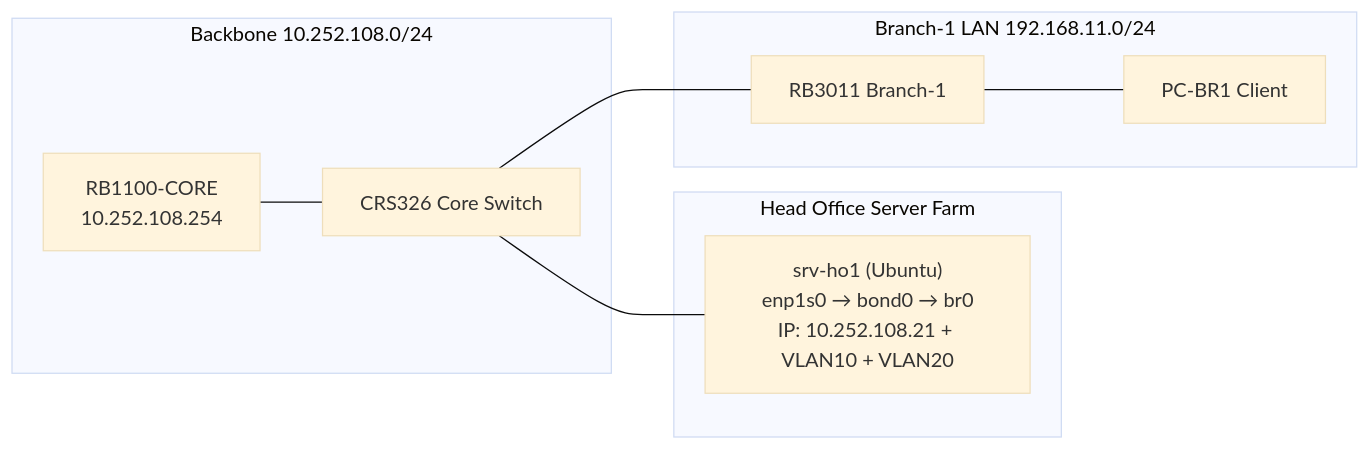
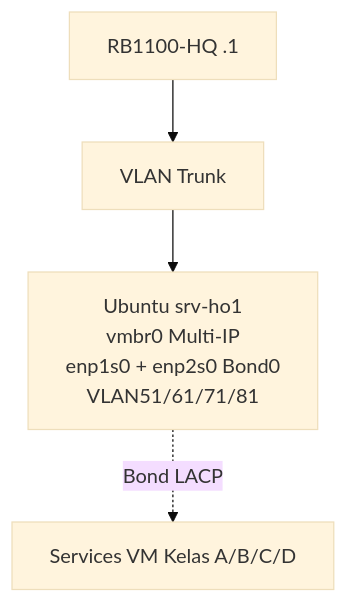
One commit to ferryastika/workshop-admin-jar-2026-B changed the diagram in MINGGU-2-Multi-IP-Routing.md. Above: the diagram before and after it, drawn with Mermaid (base theme). The commit also changed other lines of this file, not shown here.

````diff
--- a/MINGGU-2-Multi-IP-Routing.md
+++ b/MINGGU-2-Multi-IP-Routing.md
@@ -31,20 +14,6 @@
 ```mermaid
-graph LR
-    subgraph BACKBONE["Backbone 10.252.108.0/24"]
-        RB1100CORE[RB1100-CORE<br/>10.252.108.254]
-        CRS326[CRS326 Core Switch]
-        RB1100CORE --- CRS326
-    end
-
-    subgraph HQ-SERVER["Head Office Server Farm"]
-        SRVHO1["srv-ho1 (Ubuntu)<br/>enp1s0 → bond0 → br0<br/>IP: 10.252.108.21 + VLAN10 + VLAN20"]
-        CRS326 --- SRVHO1
-    end
-
-    subgraph BRANCH1["Branch-1 LAN 192.168.11.0/24"]
-        RB3011BR1[RB3011 Branch-1]
-        PCBR1[PC-BR1 Client]
-        RB3011BR1 --- PCBR1
-        CRS326 --- RB3011BR1
-    end
+graph TB
+    RBHQ[RB1100-HQ .1] --> CSS326[VLAN Trunk]
+    CSS326 --> srv-ho1[Ubuntu srv-ho1<br/>vmbr0 Multi-IP<br/>enp1s0 + enp2s0 Bond0<br/>VLAN51/61/71/81]
+    srv-ho1 -.->|Bond LACP| VM1[Services VM Kelas A/B/C/D]
 ```
````
